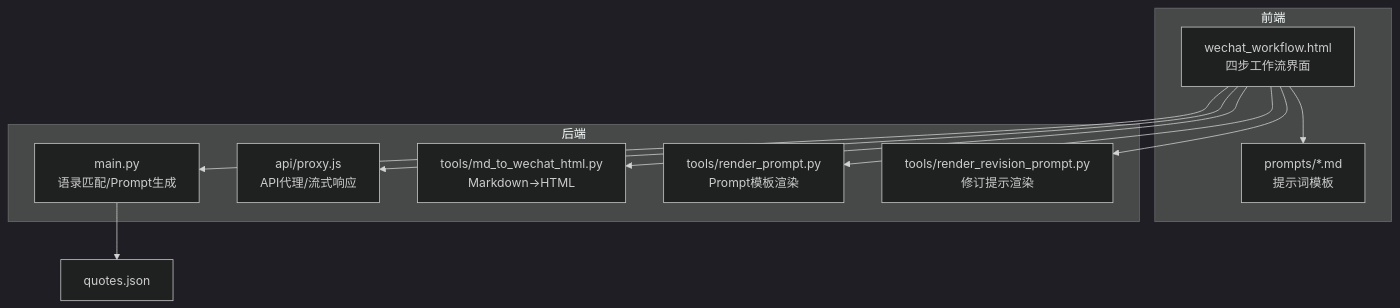
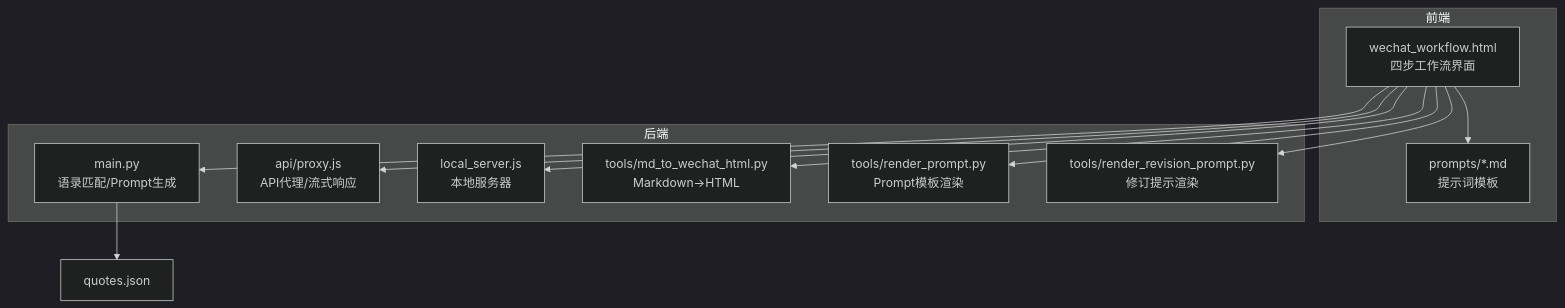
The first of 7 diagrams in .qoder/repowiki/zh/content/核心功能/核心功能.md (catcherxiao/wechat_article), drawn with Mermaid (dark theme) before and after one commit. The commit also changed other lines of this file and 27 other files, not shown here.

````diff
--- a/.qoder/repowiki/zh/content/核心功能/核心功能.md
+++ b/.qoder/repowiki/zh/content/核心功能/核心功能.md
@@ -43,22 +56,24 @@
 ```mermaid
 graph TB
 subgraph "前端"
 UI["wechat_workflow.html<br/>四步工作流界面"]
 TPL["prompts/*.md<br/>提示词模板"]
 end
 subgraph "后端"
 PY["main.py<br/>语录匹配/Prompt生成"]
 PROXY["api/proxy.js<br/>API代理/流式响应"]
+LOCAL["local_server.js<br/>本地服务器"]
 RENDER["tools/md_to_wechat_html.py<br/>Markdown→HTML"]
 RPT["tools/render_prompt.py<br/>Prompt模板渲染"]
 REV["tools/render_revision_prompt.py<br/>修订提示渲染"]
 end
 DATA["quotes.json"]
 UI --> PROXY
+UI --> LOCAL
 UI --> RPT
 UI --> RENDER
 UI --> REV
 PY --> DATA
 UI --> PY
 UI --> TPL
 ```
````
